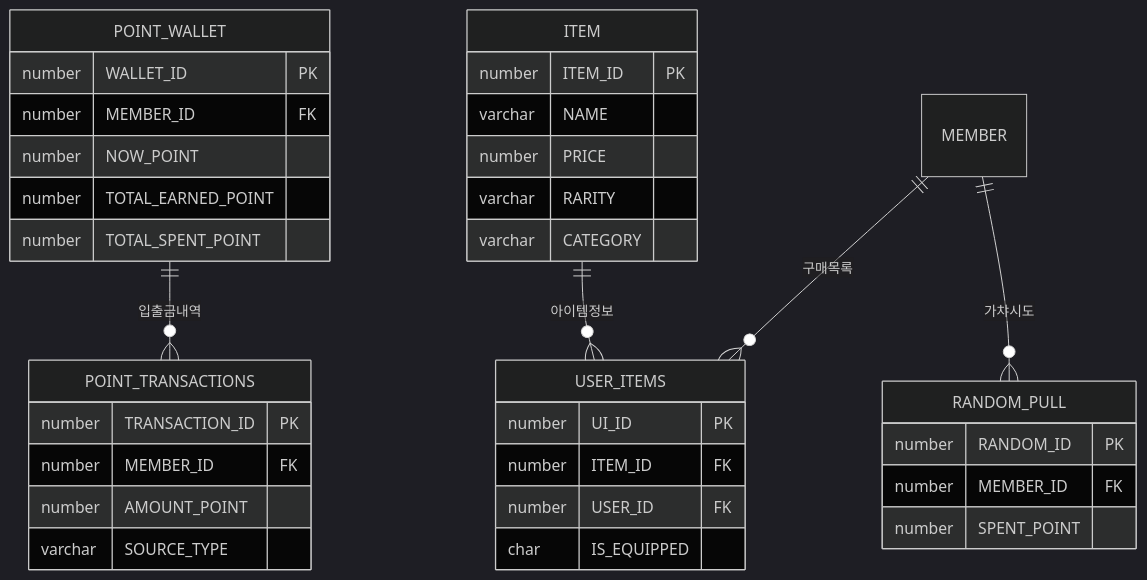
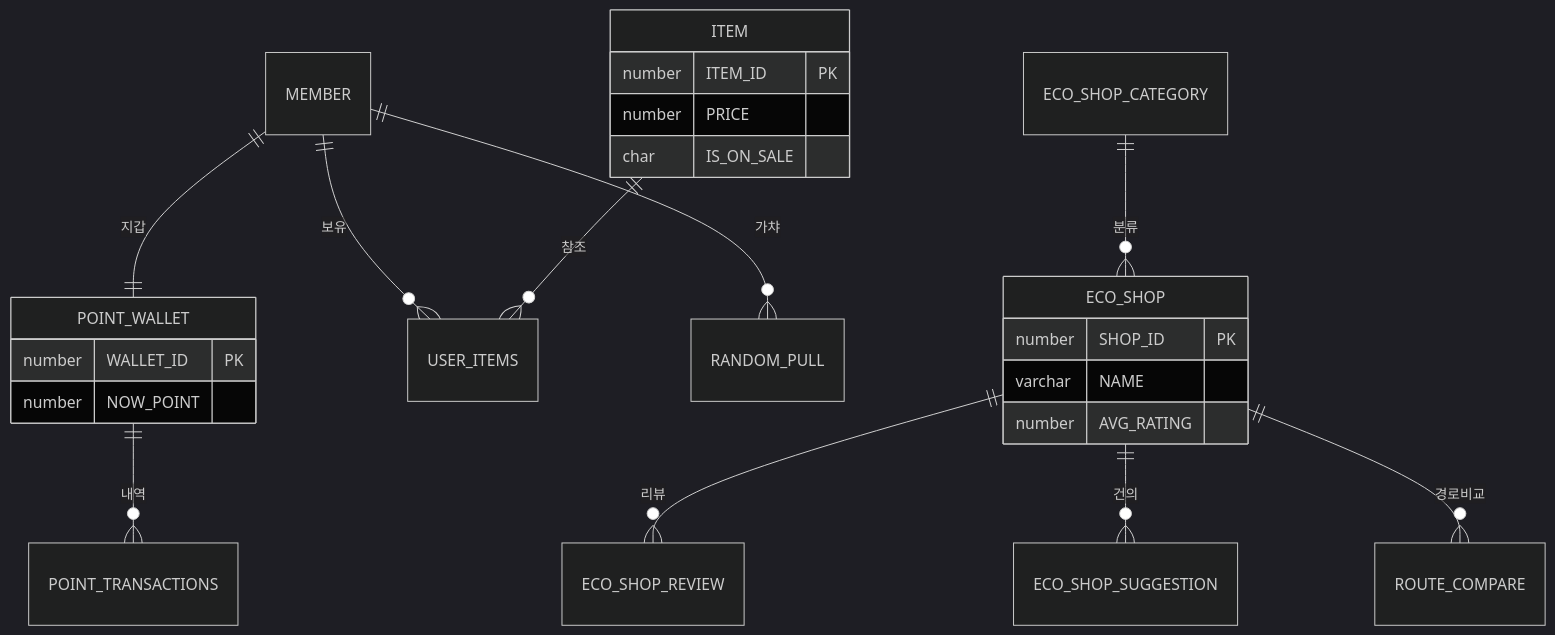
One commit to KJH-Portfolio/202602-Environmenta-Organization changed the fourth of 5 diagrams in erd.md. Above: the diagram before and after it, drawn with Mermaid (dark theme). The commit also changed other lines of this file, not shown here.

````diff
--- a/erd.md
+++ b/erd.md
@@ -568,38 +832,28 @@
 ```mermaid
 erDiagram
+    MEMBER ||--|| POINT_WALLET : "지갑"
+    POINT_WALLET ||--o{ POINT_TRANSACTIONS : "내역"
+    MEMBER ||--o{ USER_ITEMS : "보유"
+    ITEM ||--o{ USER_ITEMS : "참조"
+    MEMBER ||--o{ RANDOM_PULL : "가챠"
+    
+    ECO_SHOP_CATEGORY ||--o{ ECO_SHOP : "분류"
+    ECO_SHOP ||--o{ ECO_SHOP_REVIEW : "리뷰"
+    ECO_SHOP ||--o{ ECO_SHOP_SUGGESTION : "건의"
+    ECO_SHOP ||--o{ ROUTE_COMPARE : "경로비교"
+    
     POINT_WALLET {
         number WALLET_ID PK
-        number MEMBER_ID FK
         number NOW_POINT
-        number TOTAL_EARNED_POINT
-        number TOTAL_SPENT_POINT
-    }
-    POINT_TRANSACTIONS {
-        number TRANSACTION_ID PK
-        number MEMBER_ID FK
-        number AMOUNT_POINT
-        varchar SOURCE_TYPE
     }
     ITEM {
         number ITEM_ID PK
+        number PRICE
+        char IS_ON_SALE
+    }
+    ECO_SHOP {
+        number SHOP_ID PK
         varchar NAME
-        number PRICE
-        varchar RARITY
-        varchar CATEGORY
+        number AVG_RATING
     }
-    USER_ITEMS {
-        number UI_ID PK
-        number ITEM_ID FK
-        number USER_ID FK
-        char IS_EQUIPPED
-    }
-    RANDOM_PULL {
-        number RANDOM_ID PK
-        number MEMBER_ID FK
-        number SPENT_POINT
-    }
-    POINT_WALLET ||--o{ POINT_TRANSACTIONS : "입출금내역"
-    MEMBER ||--o{ USER_ITEMS : "구매목록"
-    ITEM ||--o{ USER_ITEMS : "아이템정보"
-    MEMBER ||--o{ RANDOM_PULL : "가챠시도"
 ```
````
